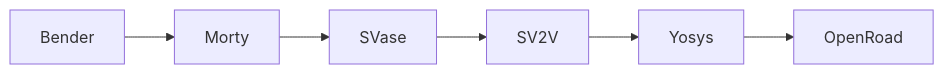
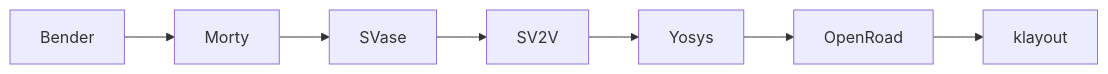
One commit to pulp-platform/croc changed the diagram in README.md. Above: the diagram before and after it, drawn with Mermaid. The commit also changed other lines of this file and 2 other files, not shown here.

Commit message:
treewide: add klayout into flow

````diff
--- a/README.md
+++ b/README.md
@@ -54,8 +54,9 @@
 ```mermaid
 graph LR;
 	Bender-->Morty;
 	Morty-->SVase;
 	SVase-->SV2V;
 	SV2V-->Yosys;
 	Yosys-->OpenRoad;
+	OpenRoad-->klayout;
 ```
````
